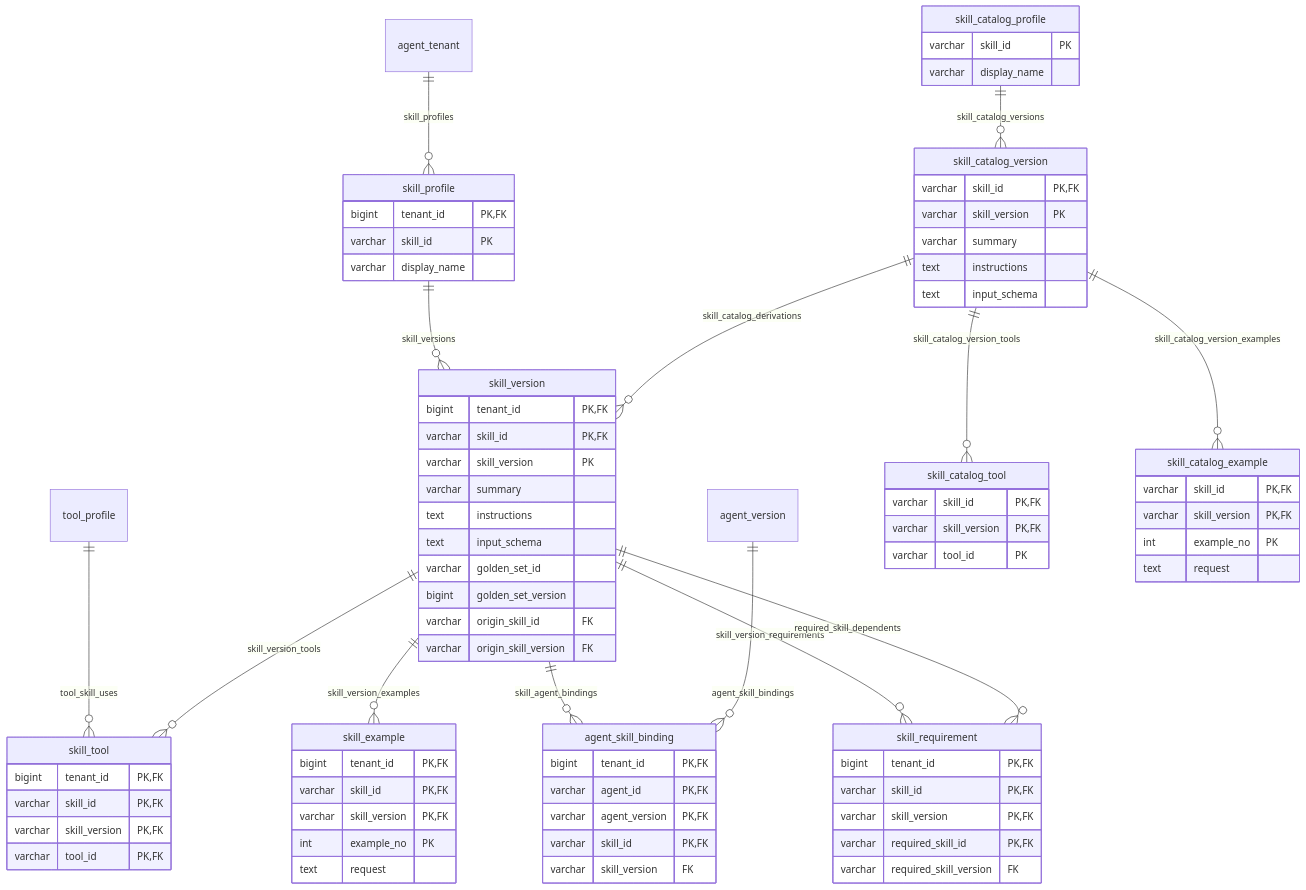
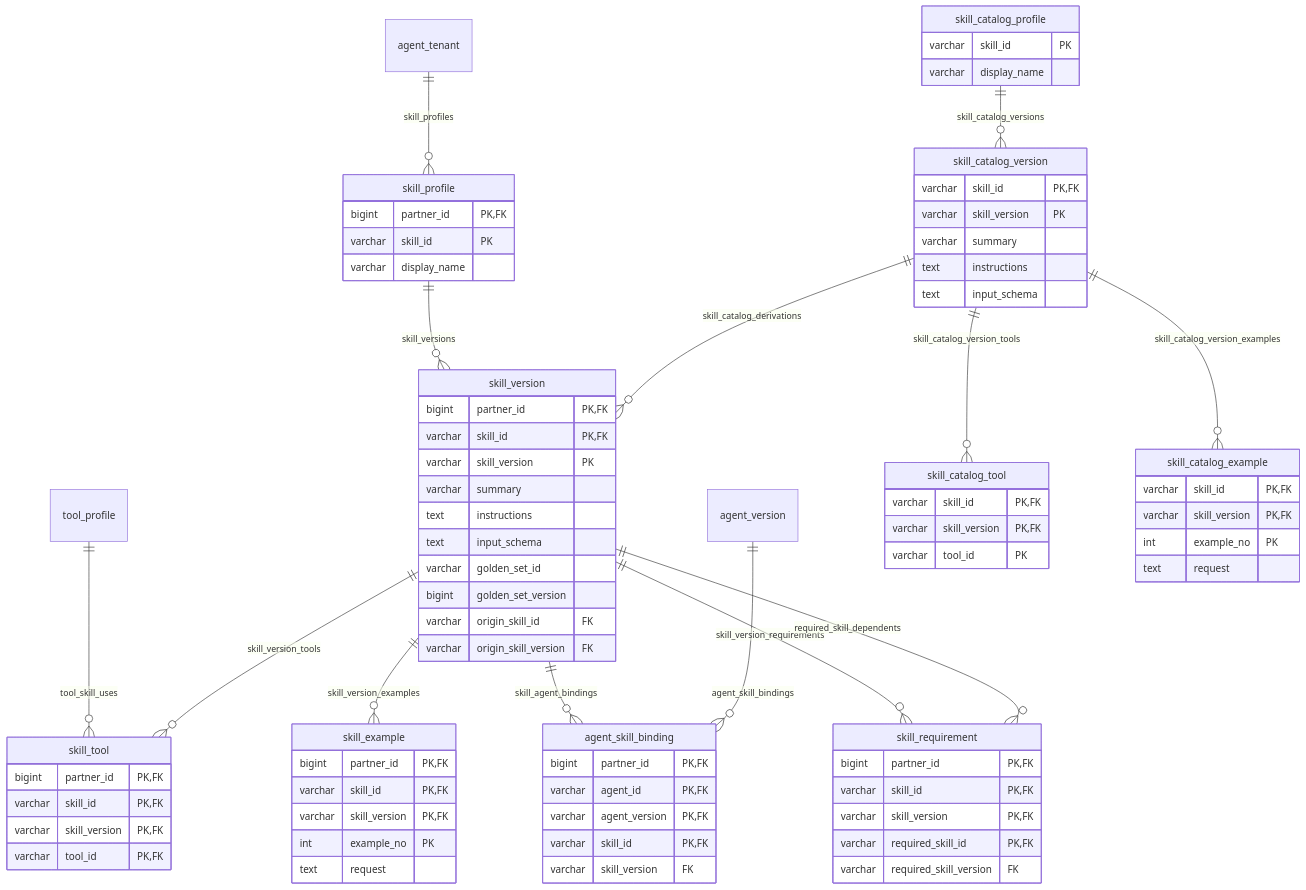
The fifth of 18 diagrams in doc/database.md (nauticana/scout), drawn with Mermaid before and after one commit. The commit also changed other lines of this file and 163 other files, not shown here.

Commit message:
Partner-scoped tenant tables, a registration catalog, tenant-aware tool listing

```diff
--- a/doc/database.md
+++ b/doc/database.md
@@ -635,12 +636,12 @@
     skill_catalog_version ||--o{ skill_version : skill_catalog_derivations
 
     skill_profile {
-        bigint tenant_id PK,FK
+        bigint partner_id PK,FK
         varchar skill_id PK
         varchar display_name
     }
     skill_version {
-        bigint tenant_id PK,FK
+        bigint partner_id PK,FK
         varchar skill_id PK,FK
         varchar skill_version PK
         varchar summary
@@ -652,7 +653,7 @@
         varchar origin_skill_version FK
     }
     skill_requirement {
-        bigint tenant_id PK,FK
+        bigint partner_id PK,FK
         varchar skill_id PK,FK
         varchar skill_version PK,FK
         varchar required_skill_id PK,FK
@@ -681,20 +682,20 @@
         text request
     }
     skill_tool {
-        bigint tenant_id PK,FK
+        bigint partner_id PK,FK
         varchar skill_id PK,FK
         varchar skill_version PK,FK
         varchar tool_id PK,FK
     }
     skill_example {
-        bigint tenant_id PK,FK
+        bigint partner_id PK,FK
         varchar skill_id PK,FK
         varchar skill_version PK,FK
         int example_no PK
         text request
     }
     agent_skill_binding {
-        bigint tenant_id PK,FK
+        bigint partner_id PK,FK
         varchar agent_id PK,FK
         varchar agent_version PK,FK
         varchar skill_id PK,FK
```
